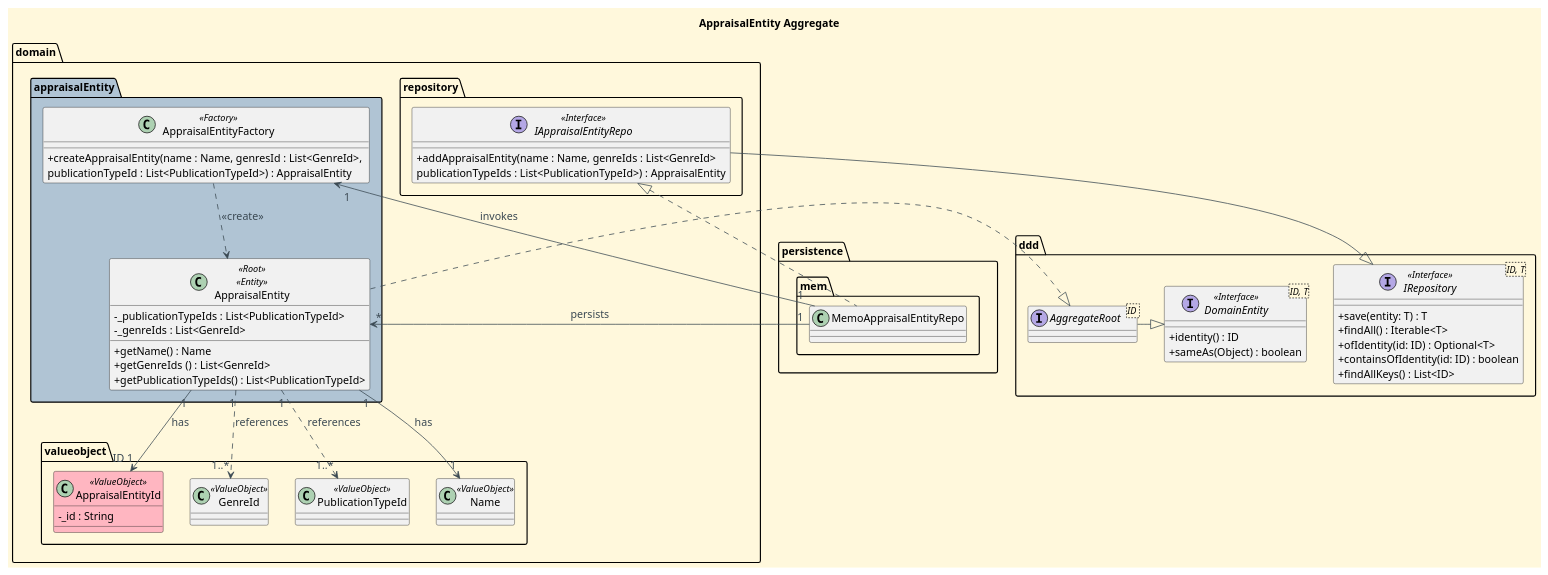
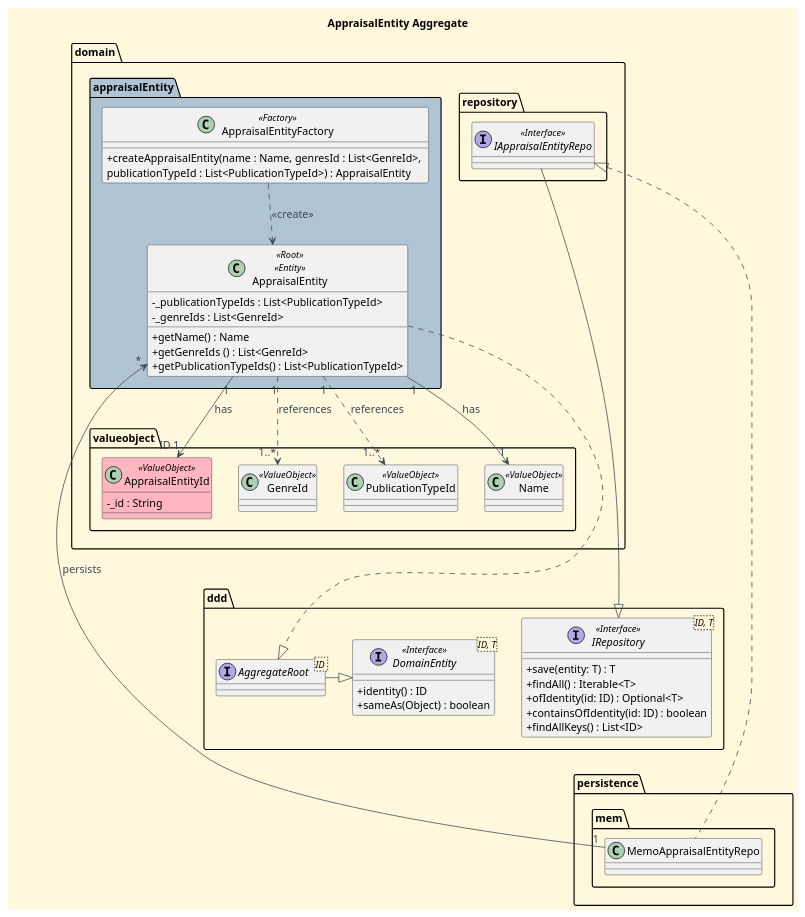
Before and after one commit to CarolinaLeite-collab/JavaMarketplacePlatform: the diagram in docs/aggregates-diagrams/Appraisal_Entity_Aggregate.puml, drawn with PlantUML.

Commit message:
docs: updated AppraisalEntity Aggregate diagram to remove relation between factory and MemRepo - refs #601

```diff
--- a/docs/aggregates-diagrams/Appraisal_Entity_Aggregate.puml
+++ b/docs/aggregates-diagrams/Appraisal_Entity_Aggregate.puml
@@ -1,111 +1,111 @@
 @startuml
 
 '==== Title ====
 title AppraisalEntity Aggregate
 top to bottom direction
 
 '==== basic style ====
 skinparam monochrome false
 skinparam defaultFontName Futura
 skinparam objectFontSize 14
 skinparam backgroundColor CornSilk
 skinparam objectBackgroundColor WhiteSmoke
 skinparam noteBackgroundColor #FFFFE0
 skinparam ArrowFontColor #3B4953
 skinparam ArrowColor #3B4953
 skinparam ArrowFontSize 14
 skinparam PackageBorderColor #black
 skinparam classAttributeIconSize 0
 
 ' ===== Domain =====
 Package "domain" {
 
     Package "appraisalEntity" <<Folder>> #b0c4d4 {
         class AppraisalEntity <<Root>> <<Entity>>  {
             -_publicationTypeIds : List<PublicationTypeId>
             -_genreIds : List<GenreId>
 
             +getName() : Name
             +getGenreIds () : List<GenreId>
             +getPublicationTypeIds() : List<PublicationTypeId>
             }
 
     class AppraisalEntityFactory <<Factory>> {
         +createAppraisalEntity(name : Name, genresId : List<GenreId>, \npublicationTypeId : List<PublicationTypeId>) : AppraisalEntity
 
         }
     }
 
     package "repository" <<Folder>> {
         interface IAppraisalEntityRepo <<Interface>> {
-            +addAppraisalEntity(name : Name, genreIds : List<GenreId> \npublicationTypeIds : List<PublicationTypeId>) : AppraisalEntity
+
         }
     }
 
     Package "valueobject" {
         '== Value Objects (Ids) ==
         class AppraisalEntityId <<ValueObject>> #LightPink {
         -_id : String
 
        }
         class GenreId <<ValueObject>> {
 
         }
         class PublicationTypeId <<ValueObject>> {
 
         }
         ' ===== Value Objects =====
         class Name <<ValueObject>> {
 
         }
 
     }
 
 }
 
 ' ===== Repository =====
 package "persistence" <<Folder>> {
 
     package "mem" {
         class MemoAppraisalEntityRepo {
 
         }
 
     }
 
 }
 
 Package "ddd" {
     interface IRepository<ID, T> <<Interface>> {
         +save(entity: T) : T
         +findAll() : Iterable<T>
         +ofIdentity(id: ID) : Optional<T>
         +containsOfIdentity(id: ID) : boolean
         +findAllKeys() : List<ID>
     }
 
     interface AggregateRoot <ID >{
     }
     interface DomainEntity<ID, T> <<Interface>> {
         +identity() : ID
         +sameAs(Object) : boolean
     }
 }
 
 ' ===== Interactions =====
 AppraisalEntity "1" --> "ID 1" AppraisalEntityId : has
 AppraisalEntity "1" ..> "1..*" GenreId : references
 AppraisalEntity "1" ..> "1..*" PublicationTypeId : references
 AppraisalEntity "1" --> "1" Name : has
-AppraisalEntity "*" <- "1" MemoAppraisalEntityRepo : persists
+AppraisalEntity "*" <---- "1" MemoAppraisalEntityRepo : persists
 
 AppraisalEntityFactory ..> AppraisalEntity : <<create>>
-AppraisalEntityFactory "1"<- "1" MemoAppraisalEntityRepo : invokes
+
 
 IAppraisalEntityRepo <|. MemoAppraisalEntityRepo
-IAppraisalEntityRepo -|> IRepository
+IAppraisalEntityRepo ----|> IRepository
 AggregateRoot -|> DomainEntity
 AppraisalEntity .|> AggregateRoot
 
 
 @enduml
```
